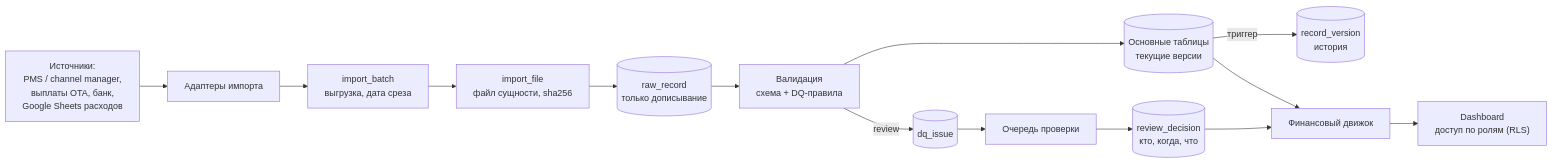
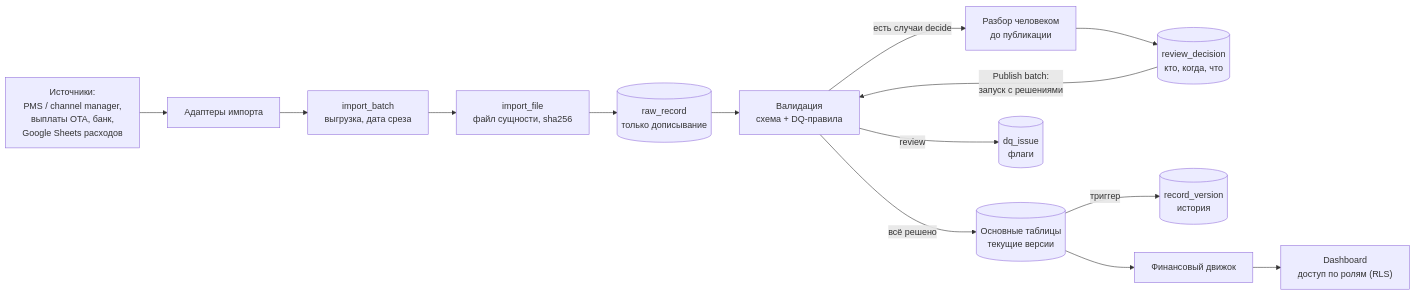
One commit to ProjectINT/business-system changed the second of 2 diagrams in docs/PLAN.md. Above: the diagram before and after it, drawn with Mermaid. The commit also changed other lines of this file and 3 other files, not shown here.

````diff
--- a/docs/PLAN.md
+++ b/docs/PLAN.md
@@ -74,16 +74,16 @@
 ```mermaid
 flowchart LR
   SRC["Источники:<br/>PMS / channel manager,<br/>выплаты OTA, банк,<br/>Google Sheets расходов"] --> AD["Адаптеры импорта"]
   AD --> B["import_batch<br/>выгрузка, дата среза"]
   B --> F["import_file<br/>файл сущности, sha256"]
   F --> RAW[("raw_record<br/>только дописывание")]
   RAW --> VAL["Валидация<br/>схема + DQ-правила"]
-  VAL --> CORE[("Основные таблицы<br/>текущие версии")]
+  VAL -->|"есть случаи decide"| REV["Разбор человеком<br/>до публикации"]
+  REV --> DEC[("review_decision<br/>кто, когда, что")]
+  DEC -->|"Publish batch:<br/>запуск с решениями"| VAL
+  VAL -->|"всё решено"| CORE[("Основные таблицы<br/>текущие версии")]
   CORE -->|"триггер"| HIST[("record_version<br/>история")]
-  VAL -->|"review"| ISS[("dq_issue")]
-  ISS --> REV["Очередь проверки"]
-  REV --> DEC[("review_decision<br/>кто, когда, что")]
+  VAL -->|"review"| ISS[("dq_issue<br/>флаги")]
   CORE --> CALC["Финансовый движок"]
-  DEC --> CALC
   CALC --> DASH["Dashboard<br/>доступ по ролям (RLS)"]
 ```
````
